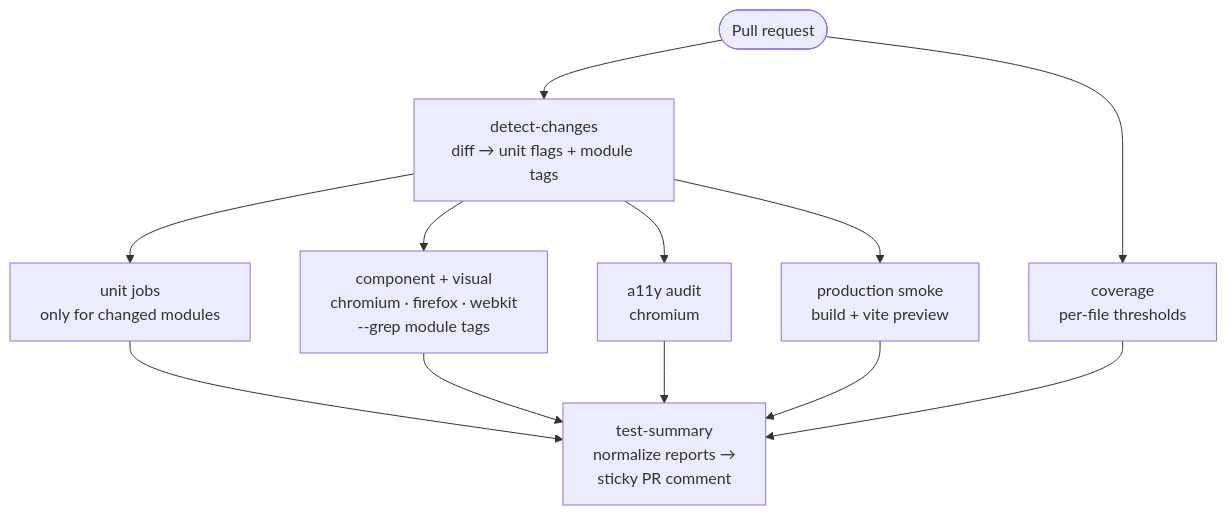
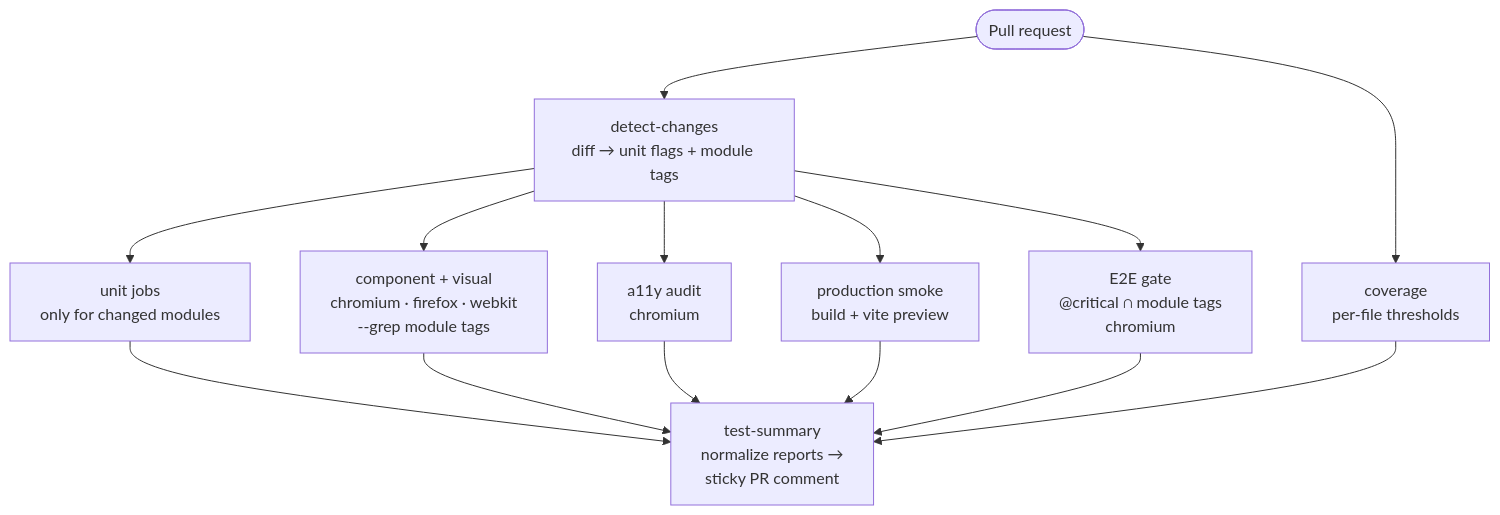
Before and after one commit to rio-ap/web-playground: the first of 2 diagrams in README.md, drawn with Mermaid. The commit also changed other lines of this file and 8 other files, not shown here.

````diff
--- a/README.md
+++ b/README.md
@@ -90,14 +90,16 @@
 ```mermaid
 flowchart TD
   PR([Pull request]) --> DC["detect-changes<br/>diff → unit flags + module tags"]
   DC --> U["unit jobs<br/>only for changed modules"]
   DC --> E["component + visual<br/>chromium · firefox · webkit<br/>--grep module tags"]
   DC --> A["a11y audit<br/>chromium"]
   DC --> SM["production smoke<br/>build + vite preview"]
+  DC --> G["E2E gate<br/>@critical ∩ module tags<br/>chromium"]
   PR --> C["coverage<br/>per-file thresholds"]
   U --> TS["test-summary<br/>normalize reports →<br/>sticky PR comment"]
   E --> TS
   A --> TS
   SM --> TS
+  G --> TS
   C --> TS
 ```
````
